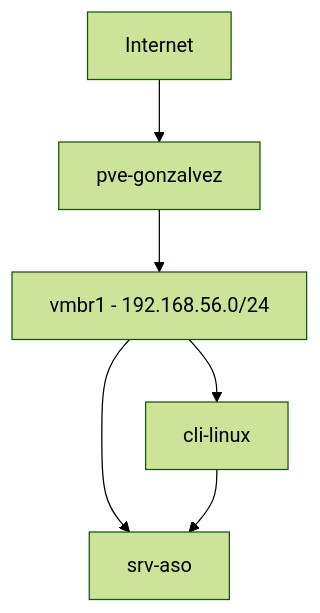
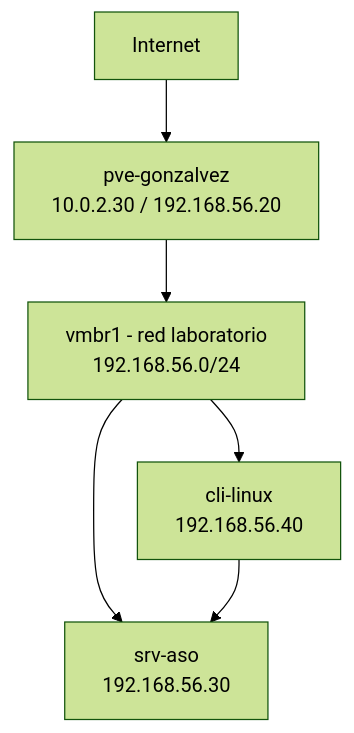
Before and after one commit to JesusGonzalvez/pi-proxmox-gonzalvez-jesus: the diagram in pi-proxmox-gonzalvez-jesus/docs/02-diagrama-red.md, drawn with Mermaid (forest theme).

````diff
--- a/pi-proxmox-gonzalvez-jesus/docs/02-diagrama-red.md
+++ b/pi-proxmox-gonzalvez-jesus/docs/02-diagrama-red.md
@@ -34,8 +34,8 @@
 ```mermaid
 flowchart TD
-  Internet[Internet] --> PVE[pve-gonzalvez]
-  PVE --> BR[vmbr1 - 192.168.56.0/24]
-  BR --> SRV[srv-aso]
-  BR --> CLI[cli-linux]
+  Internet["Internet"] --> PVE["pve-gonzalvez<br/>10.0.2.30 / 192.168.56.20"]
+  PVE --> BR["vmbr1 - red laboratorio<br/>192.168.56.0/24"]
+  BR --> SRV["srv-aso<br/>192.168.56.30"]
+  BR --> CLI["cli-linux<br/>192.168.56.40"]
   CLI --> SRV
 ```
````
